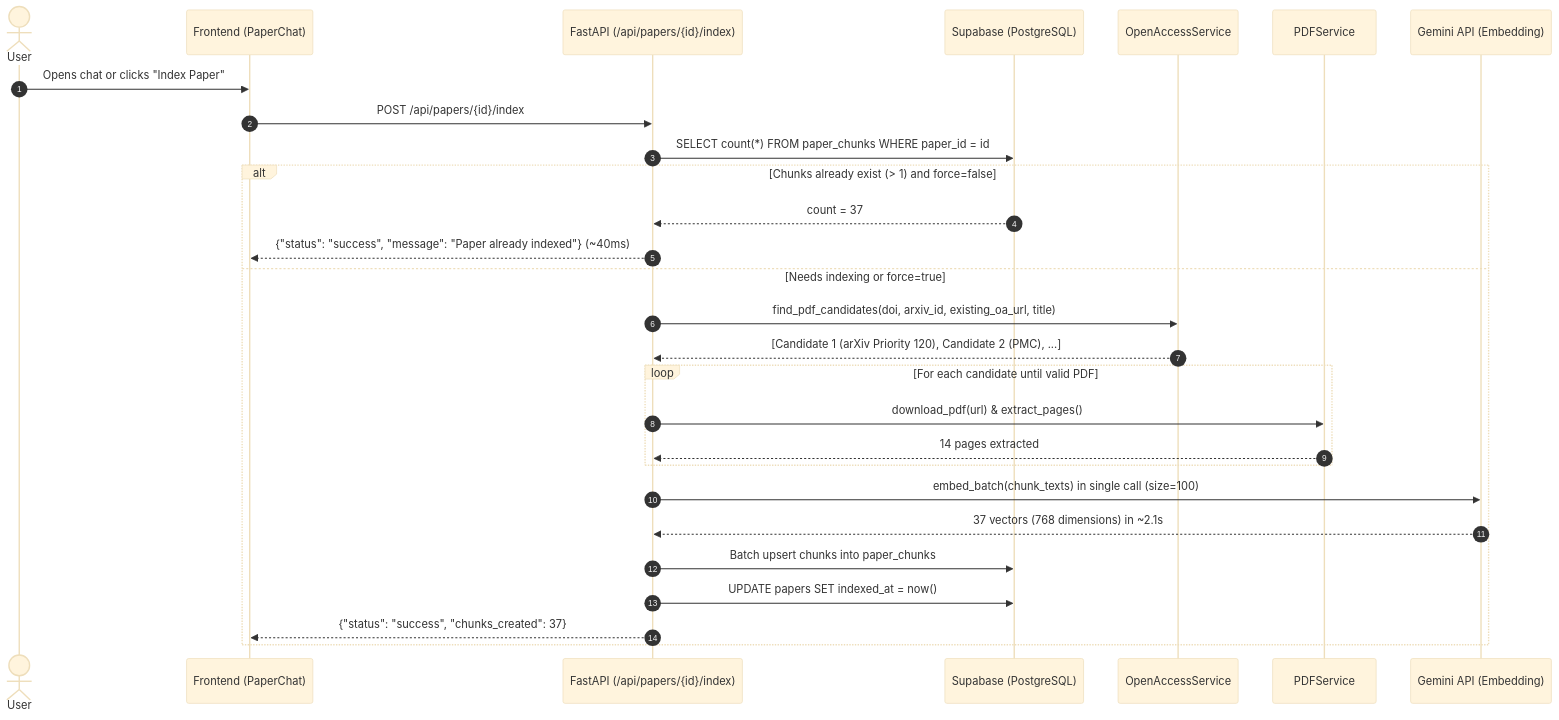
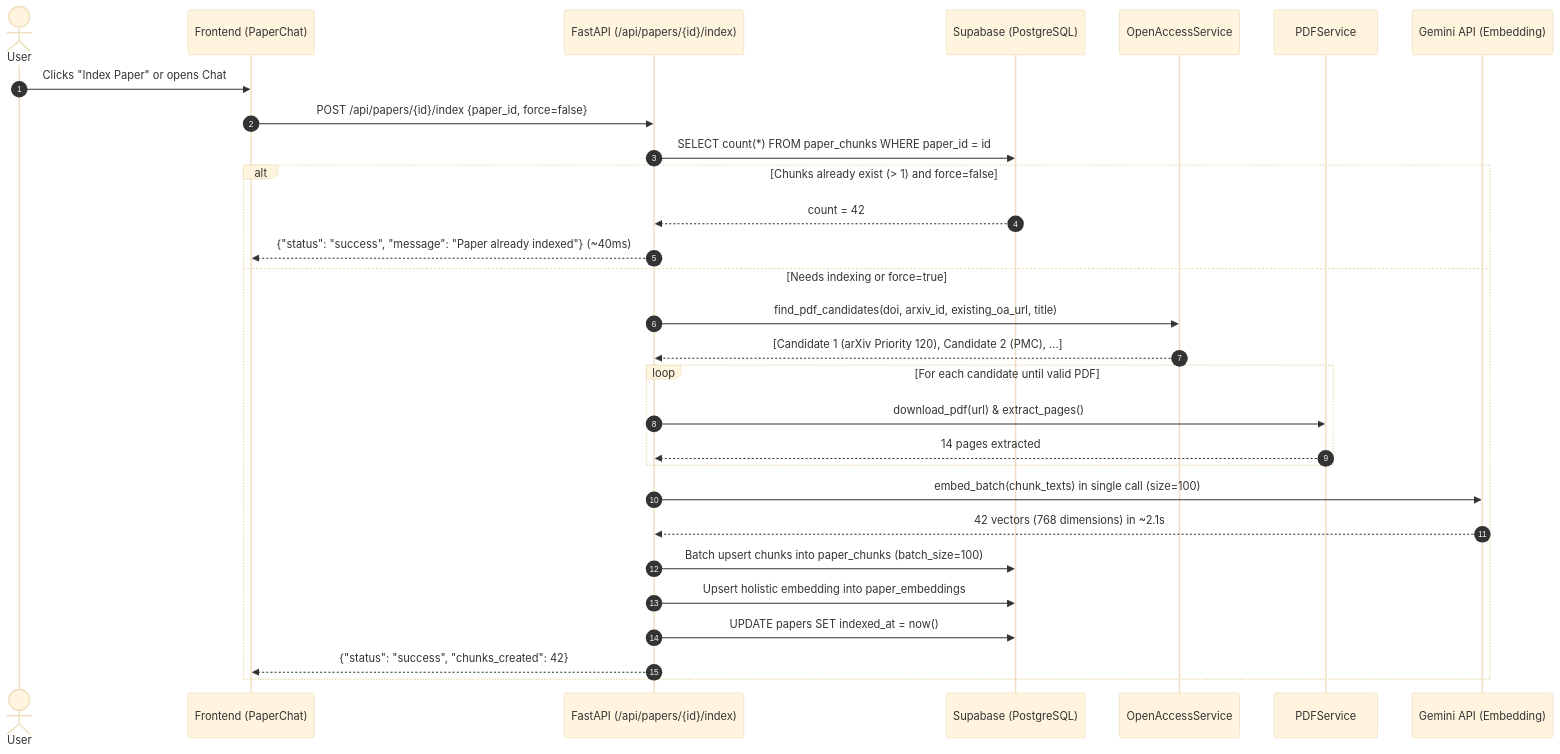
One commit to atharva481/RESIN changed the first of 2 diagrams in PROJECT_DETAILS_AND_RAG.md. Above: the diagram before and after it, drawn with Mermaid (base theme). The commit also changed other lines of this file and 26 other files, not shown here.

Commit message:
Implemented RAG and chat with paper

````diff
--- a/PROJECT_DETAILS_AND_RAG.md
+++ b/PROJECT_DETAILS_AND_RAG.md
@@ -413,31 +625,32 @@
 ```mermaid
 sequenceDiagram
     autonumber
     actor User
     participant FE as Frontend (PaperChat)
     participant API as FastAPI (/api/papers/{id}/index)
     participant DB as Supabase (PostgreSQL)
     participant OA as OpenAccessService
     participant PDF as PDFService
     participant GEM as Gemini API (Embedding)
 
-    User->>FE: Opens chat or clicks "Index Paper"
-    FE->>API: POST /api/papers/{id}/index
+    User->>FE: Clicks "Index Paper" or opens Chat
+    FE->>API: POST /api/papers/{id}/index {paper_id, force=false}
     API->>DB: SELECT count(*) FROM paper_chunks WHERE paper_id = id
     alt Chunks already exist (> 1) and force=false
-        DB-->>API: count = 37
+        DB-->>API: count = 42
         API-->>FE: {"status": "success", "message": "Paper already indexed"} (~40ms)
     else Needs indexing or force=true
         API->>OA: find_pdf_candidates(doi, arxiv_id, existing_oa_url, title)
         OA-->>API: [Candidate 1 (arXiv Priority 120), Candidate 2 (PMC), ...]
         loop For each candidate until valid PDF
             API->>PDF: download_pdf(url) & extract_pages()
             PDF-->>API: 14 pages extracted
         end
         API->>GEM: embed_batch(chunk_texts) in single call (size=100)
-        GEM-->>API: 37 vectors (768 dimensions) in ~2.1s
-        API->>DB: Batch upsert chunks into paper_chunks
+        GEM-->>API: 42 vectors (768 dimensions) in ~2.1s
+        API->>DB: Batch upsert chunks into paper_chunks (batch_size=100)
+        API->>DB: Upsert holistic embedding into paper_embeddings
         API->>DB: UPDATE papers SET indexed_at = now()
-        API-->>FE: {"status": "success", "chunks_created": 37}
+        API-->>FE: {"status": "success", "chunks_created": 42}
     end
 ```
````
